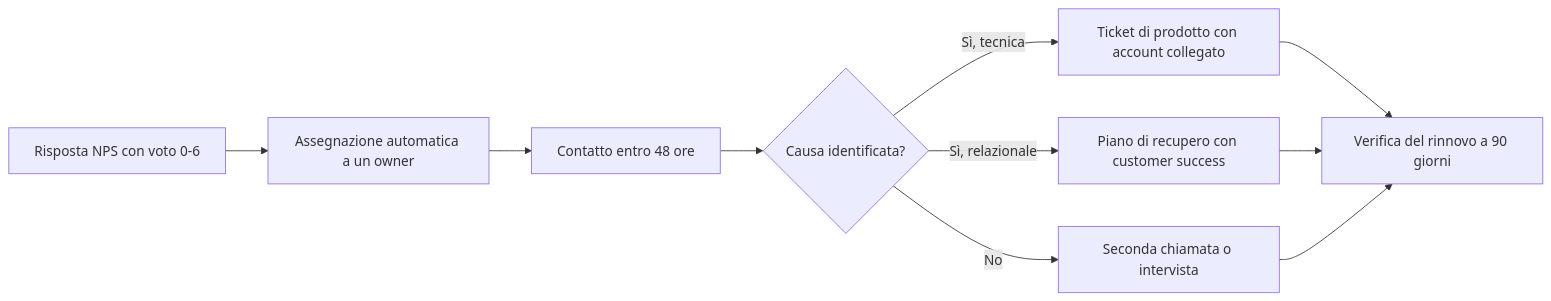
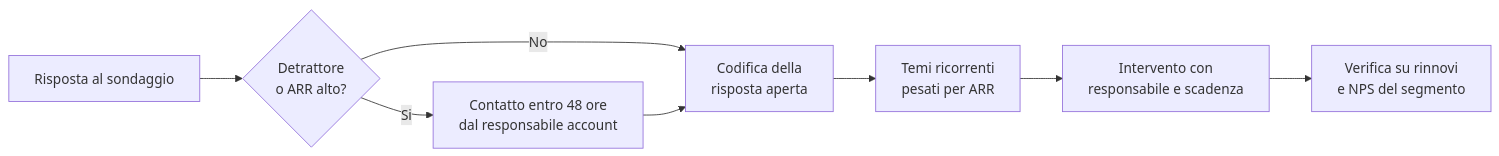
Before and after one commit to AndreyBertasini/gynnitech: the diagram in src/content/corso/analisi-prodotto/nps-net-promoter-score.mdx, drawn with Mermaid. The commit also changed other lines of this file and 3 other files, not shown here.

Commit message:
Modulo 5: riscrittura lezioni 10-13 (PMF, customer development, UX research, NPS)

````diff
--- a/src/content/corso/analisi-prodotto/nps-net-promoter-score.mdx
+++ b/src/content/corso/analisi-prodotto/nps-net-promoter-score.mdx
@@ -93,12 +164,10 @@
 ```mermaid
 flowchart LR
-    A["Risposta NPS con voto 0-6"] --> B["Assegnazione automatica a un owner"]
-    B --> C["Contatto entro 48 ore"]
-    C --> D{"Causa identificata?"}
-    D -->|"Sì, tecnica"| E["Ticket di prodotto con account collegato"]
-    D -->|"Sì, relazionale"| F["Piano di recupero con customer success"]
-    D -->|"No"| G["Seconda chiamata o intervista"]
-    E --> H["Verifica del rinnovo a 90 giorni"]
-    F --> H
-    G --> H
+    A["Risposta al sondaggio"] --> B{"Detrattore<br/>o ARR alto?"}
+    B -->|"Si"| C["Contatto entro 48 ore<br/>dal responsabile account"]
+    B -->|"No"| D["Codifica della<br/>risposta aperta"]
+    C --> D
+    D --> E["Temi ricorrenti<br/>pesati per ARR"]
+    E --> F["Intervento con<br/>responsabile e scadenza"]
+    F --> G["Verifica su rinnovi<br/>e NPS del segmento"]
 ```
````
